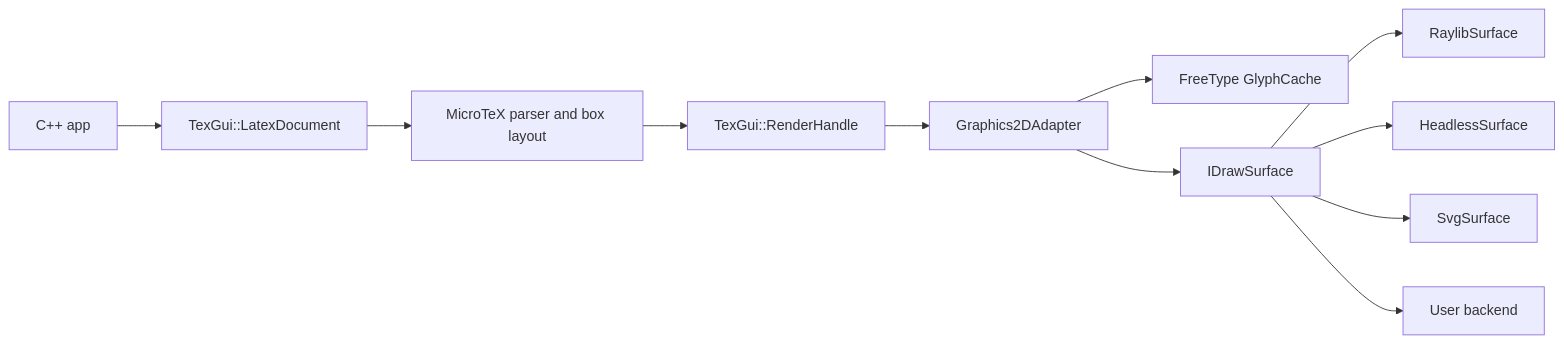
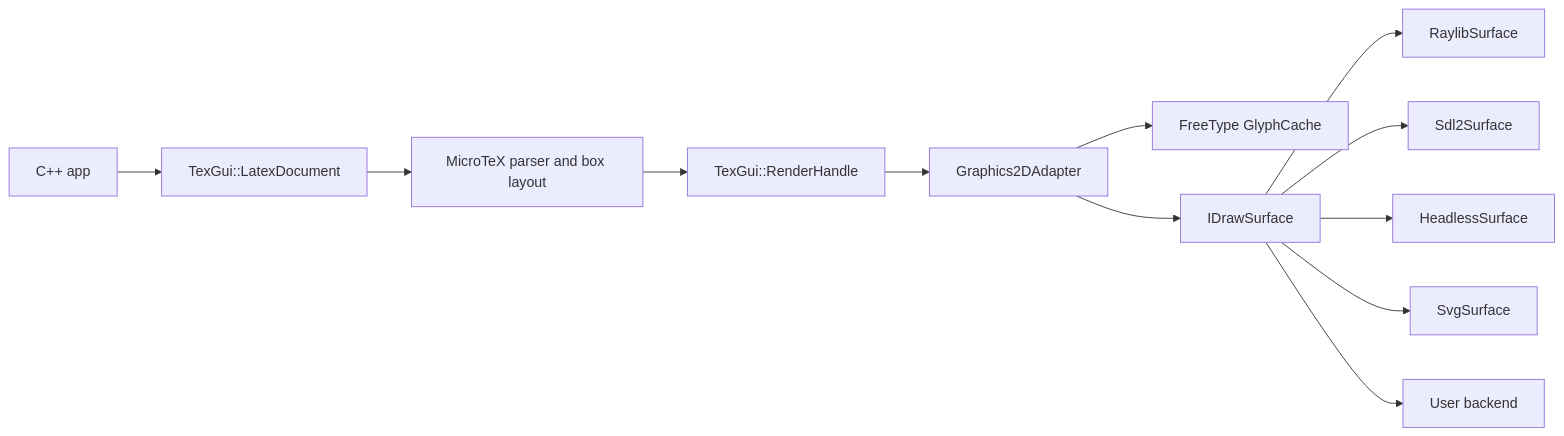
One commit to nazimaraz/TeXRender changed the diagram in docs/architecture.md. Above: the diagram before and after it, drawn with Mermaid. The commit also changed other lines of this file and 53 other files, not shown here.

````diff
--- a/docs/architecture.md
+++ b/docs/architecture.md
@@ -6,13 +6,14 @@
 ```mermaid
 flowchart LR
     User["C++ app"] --> Doc["TexGui::LatexDocument"]
     Doc --> MicroTeX["MicroTeX parser and box layout"]
     MicroTeX --> Handle["TexGui::RenderHandle"]
     Handle --> Adapter["Graphics2DAdapter"]
     Adapter --> Cache["FreeType GlyphCache"]
     Adapter --> Surface["IDrawSurface"]
     Surface --> Raylib["RaylibSurface"]
+    Surface --> SDL2["Sdl2Surface"]
     Surface --> Headless["HeadlessSurface"]
     Surface --> Svg["SvgSurface"]
     Surface --> Custom["User backend"]
 ```
````
